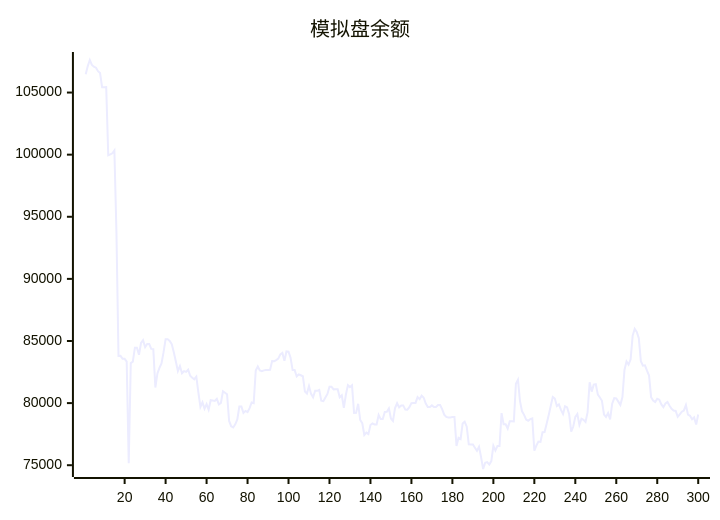
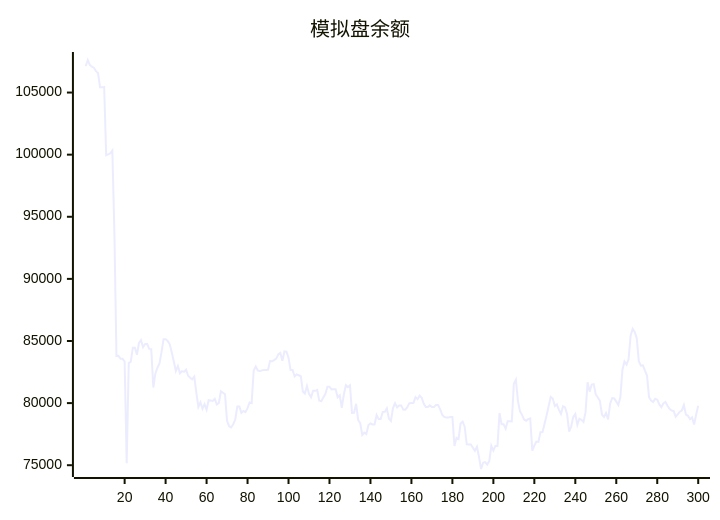
Before and after one commit to aahl/ai-trading: the diagram in README.md, drawn with Mermaid. The commit also changed other lines of this file and 1 other file, not shown here.

````diff
--- a/README.md
+++ b/README.md
@@ -5,5 +5,5 @@
 ```mermaid
 xychart
     title "模拟盘余额"
-    line [106468,107132,107620,107224,107080,107001,106717,106567,105431,105431,105440,99950,100017,100113,100337,93749,83795,83807,83567,83567,83342,75168,83222,83336,84448,84449,83896,84839,85065,84499,84757,84757,84364,84347,81254,82385,82835,83184,84099,85150,85150,85002,84751,84096,83356,82582,82983,82404,82572,82512,82688,82200,82047,81920,82125,80840,79688,80060,79552,79920,79470,80236,80208,80170,80336,79894,80006,80954,80837,80712,78561,78139,78037,78293,78682,79720,79720,79214,79372,79279,79591,80046,79993,82625,82950,82626,82571,82633,82670,82670,82681,83386,83378,83464,83579,83920,84037,83402,84160,84142,83652,82655,82655,82145,82315,82243,82163,80934,80770,81371,80742,80468,80989,80989,81067,80191,80155,80450,80737,81309,81309,81106,81119,81119,80471,80631,79624,80670,81448,81290,81429,79212,79222,79940,78643,78380,77432,77623,77504,78235,78358,78284,78277,79048,78714,78714,79290,79308,79567,78763,78563,79603,79988,79652,79813,79813,79476,79469,79673,79995,80015,80015,80486,80314,80600,80436,79966,79689,79689,79819,79692,79692,79850,79850,79518,79071,78889,78850,78850,78878,78878,76554,77202,77103,78357,78510,78106,76678,76677,76672,76411,76159,76485,75656,74695,75197,75246,75052,75334,76564,76179,76553,76551,79196,78300,78300,77944,78531,78531,78521,81564,81884,80160,79335,79055,78675,78580,78708,78764,76179,76586,76902,76876,77658,77669,78346,79023,79769,80497,80366,79761,79896,79448,79126,79749,79658,79097,77695,78114,78888,79126,78249,78738,78653,78478,79271,81680,80923,81488,81527,80681,80455,80190,79084,78879,79193,78686,79954,80403,80374,80118,79848,80491,82665,83351,83098,83525,85430,85983,85737,85221,83378,83014,83043,82613,82216,80477,80208,80081,80348,80277,79894,79670,79965,80093,79786,79542,79406,79371,78893,79087,79304,79406,79841,79072,78978,78696,78846,78272,79085]
+    line [107132,107620,107224,107080,107001,106717,106567,105431,105431,105440,99950,100017,100113,100337,93749,83795,83807,83567,83567,83342,75168,83222,83336,84448,84449,83896,84839,85065,84499,84757,84757,84364,84347,81254,82385,82835,83184,84099,85150,85150,85002,84751,84096,83356,82582,82983,82404,82572,82512,82688,82200,82047,81920,82125,80840,79688,80060,79552,79920,79470,80236,80208,80170,80336,79894,80006,80954,80837,80712,78561,78139,78037,78293,78682,79720,79720,79214,79372,79279,79591,80046,79993,82625,82950,82626,82571,82633,82670,82670,82681,83386,83378,83464,83579,83920,84037,83402,84160,84142,83652,82655,82655,82145,82315,82243,82163,80934,80770,81371,80742,80468,80989,80989,81067,80191,80155,80450,80737,81309,81309,81106,81119,81119,80471,80631,79624,80670,81448,81290,81429,79212,79222,79940,78643,78380,77432,77623,77504,78235,78358,78284,78277,79048,78714,78714,79290,79308,79567,78763,78563,79603,79988,79652,79813,79813,79476,79469,79673,79995,80015,80015,80486,80314,80600,80436,79966,79689,79689,79819,79692,79692,79850,79850,79518,79071,78889,78850,78850,78878,78878,76554,77202,77103,78357,78510,78106,76678,76677,76672,76411,76159,76485,75656,74695,75197,75246,75052,75334,76564,76179,76553,76551,79196,78300,78300,77944,78531,78531,78521,81564,81884,80160,79335,79055,78675,78580,78708,78764,76179,76586,76902,76876,77658,77669,78346,79023,79769,80497,80366,79761,79896,79448,79126,79749,79658,79097,77695,78114,78888,79126,78249,78738,78653,78478,79271,81680,80923,81488,81527,80681,80455,80190,79084,78879,79193,78686,79954,80403,80374,80118,79848,80491,82665,83351,83098,83525,85430,85983,85737,85221,83378,83014,83043,82613,82216,80477,80208,80081,80348,80277,79894,79670,79965,80093,79786,79542,79406,79371,78893,79087,79304,79406,79841,79072,78978,78696,78846,78272,79085,79787]
 ```
````
